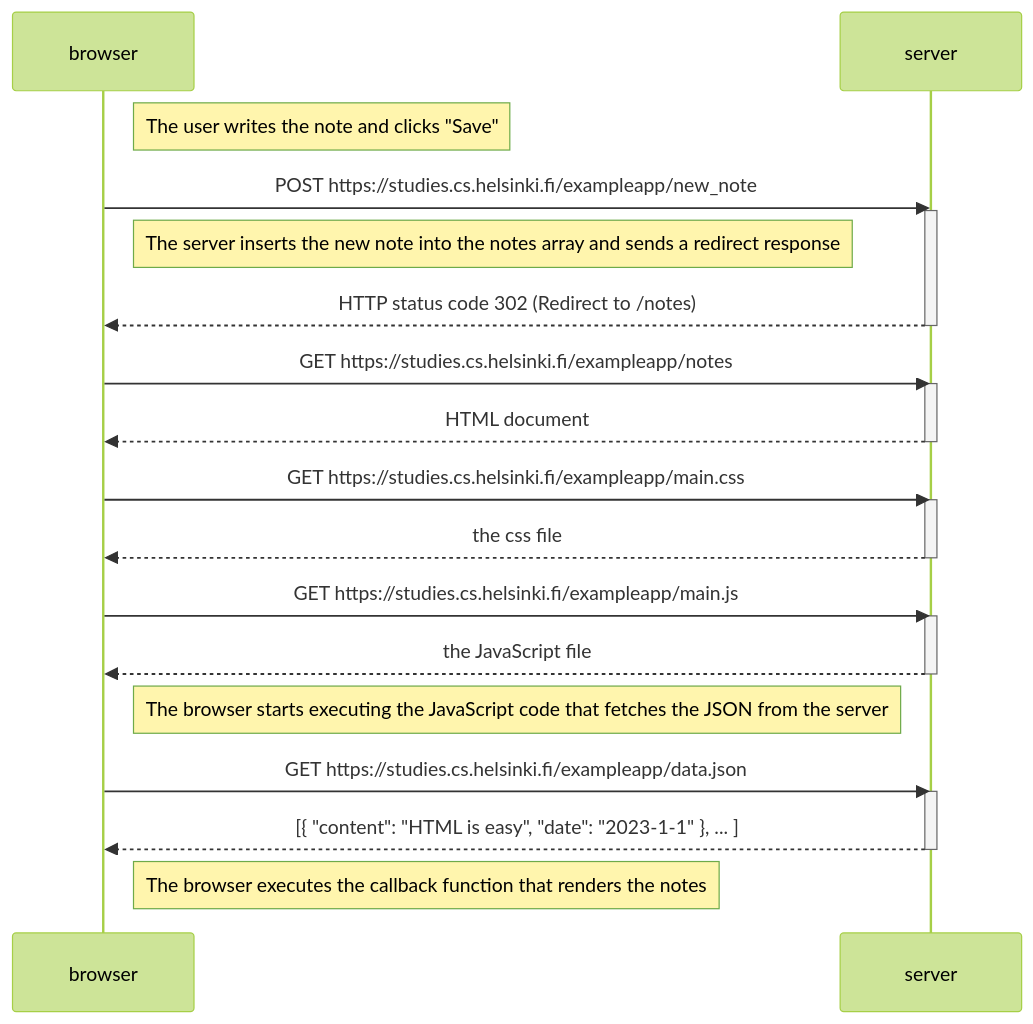
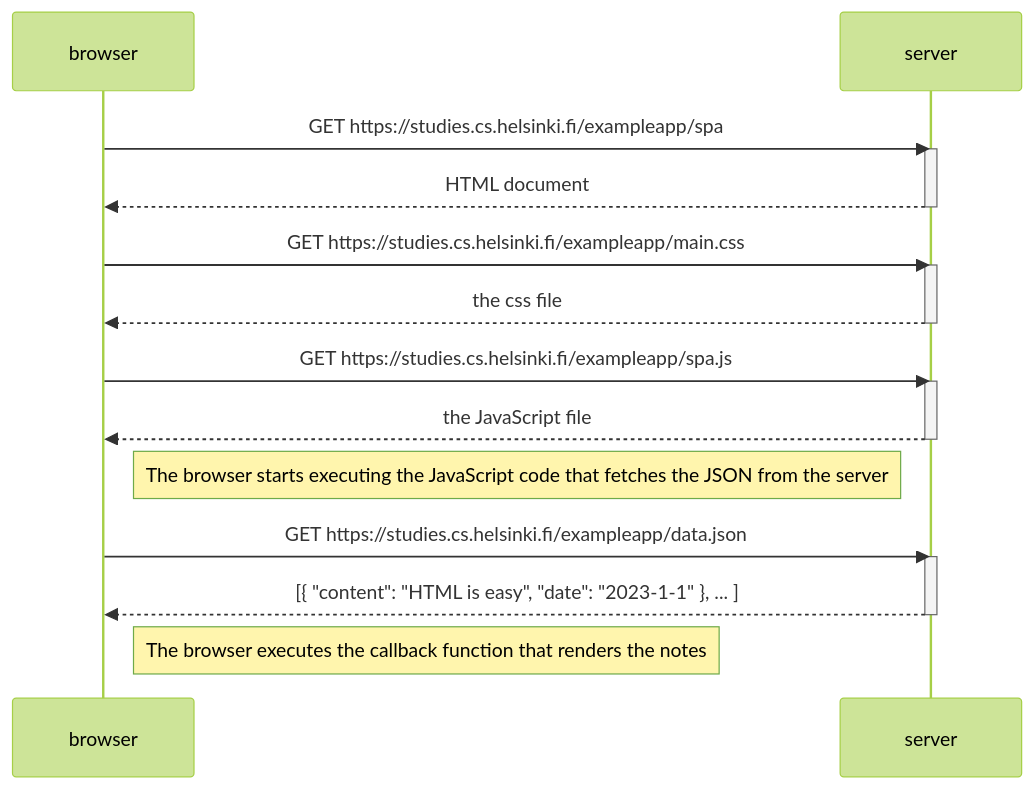
The diagram in part1.md (vabasda/fullstackopen), drawn with Mermaid (forest theme) before and after one commit.

Commit message:
Update sequence diagram for note saving process

````diff
--- a/part1.md
+++ b/part1.md
@@ -1,36 +1,28 @@
 ```mermaid
     sequenceDiagram
     participant browser
     participant server
 
-    Note right of browser: The user writes the note and clicks "Save"
-
-    browser->>server: POST https://studies.cs.helsinki.fi/exampleapp/new_note
-    activate server
-    Note right of browser: The server inserts the new note into the notes array and sends a redirect response
-    server-->>browser: HTTP status code 302 (Redirect to /notes)
-    deactivate server
-
-    browser->>server: GET https://studies.cs.helsinki.fi/exampleapp/notes
+    browser->>server: GET https://studies.cs.helsinki.fi/exampleapp/spa
     activate server
     server-->>browser: HTML document
     deactivate server
 
     browser->>server: GET https://studies.cs.helsinki.fi/exampleapp/main.css
     activate server
     server-->>browser: the css file
     deactivate server
 
-    browser->>server: GET https://studies.cs.helsinki.fi/exampleapp/main.js
+    browser->>server: GET https://studies.cs.helsinki.fi/exampleapp/spa.js
     activate server
     server-->>browser: the JavaScript file
     deactivate server
 
     Note right of browser: The browser starts executing the JavaScript code that fetches the JSON from the server
     browser->>server: GET https://studies.cs.helsinki.fi/exampleapp/data.json
     activate server
     server-->>browser: [{ "content": "HTML is easy", "date": "2023-1-1" }, ... ]
     deactivate server
 
     Note right of browser: The browser executes the callback function that renders the notes
 ```
````
